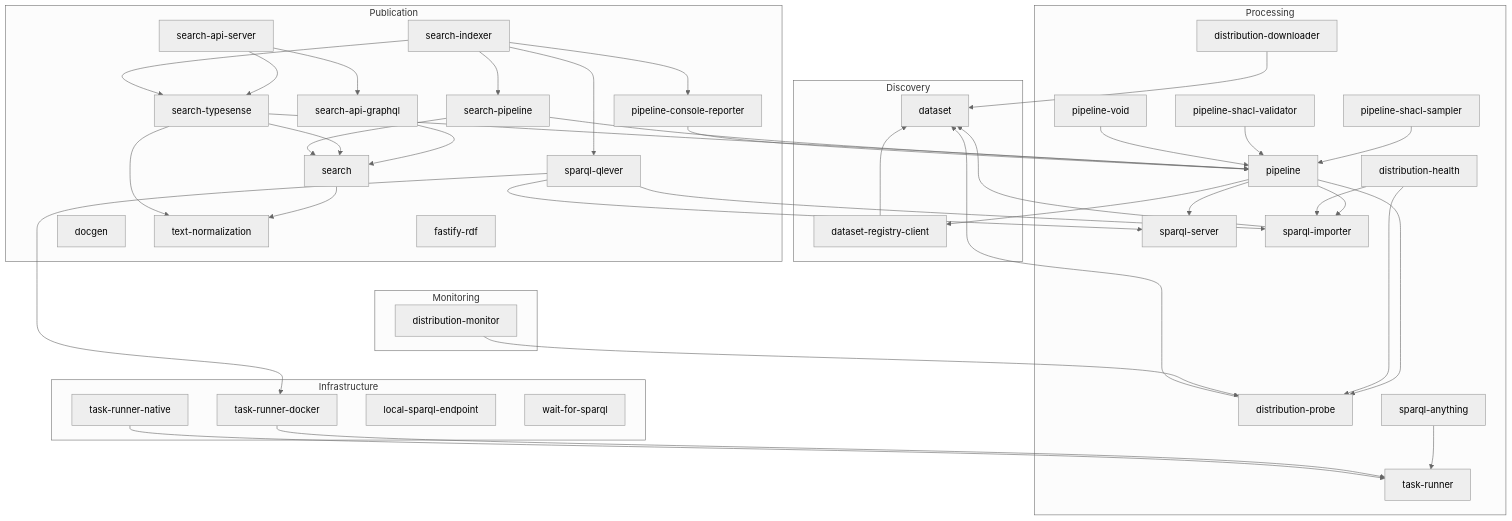
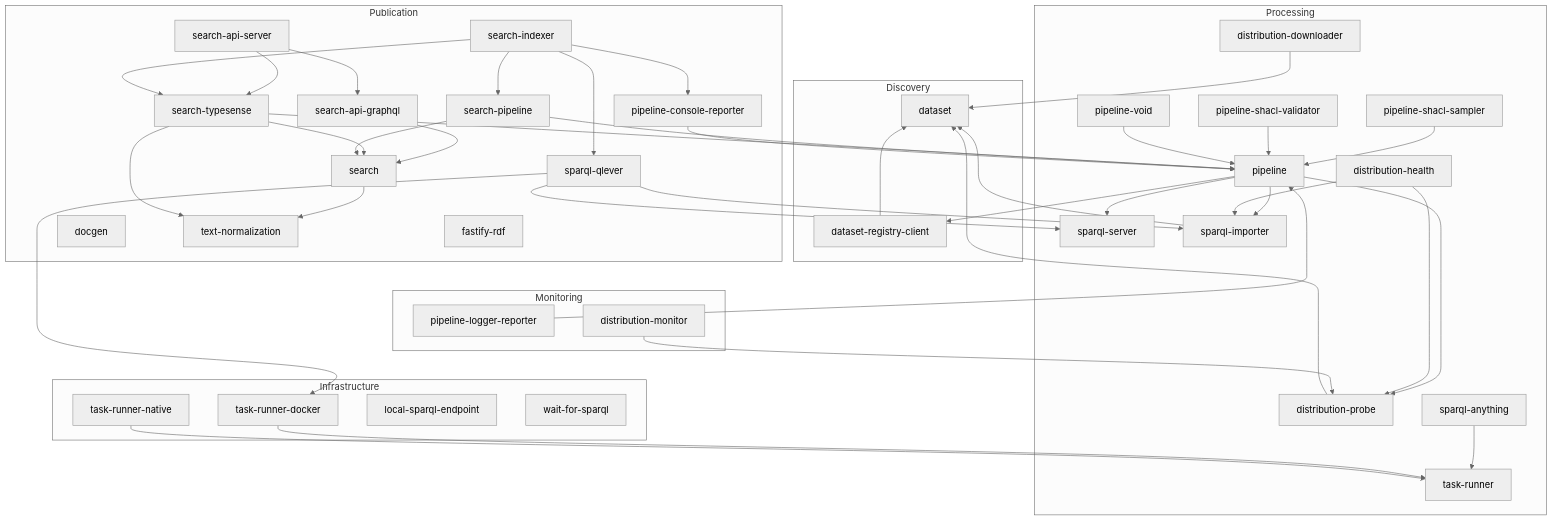
The diagram in docs/guide/architecture.md (ldelements/lde), drawn with Mermaid (neutral theme) before and after one commit. The commit also changed other lines of this file and 47 other files, not shown here.

````diff
--- a/docs/guide/architecture.md
+++ b/docs/guide/architecture.md
@@ -19,60 +19,61 @@
 ```mermaid
 %%{init: {"flowchart": {"useMaxWidth": false}}}%%
 graph TD
   subgraph Discovery
     dataset
     dataset-registry-client --> dataset
   end
 
   subgraph Processing
     pipeline --> dataset-registry-client
     pipeline --> sparql-server
     pipeline --> sparql-importer
     pipeline-shacl-sampler --> pipeline
     pipeline-shacl-validator --> pipeline
     pipeline-void --> pipeline
     distribution-downloader --> dataset
     distribution-probe --> dataset
     pipeline --> distribution-probe
     sparql-importer --> dataset
     sparql-anything --> task-runner
     distribution-health --> distribution-probe
     distribution-health --> sparql-importer
   end
 
   subgraph Publication
     fastify-rdf
     docgen
     search --> text-normalization
     search-api-graphql --> search
     search-api-server --> search-api-graphql
     search-api-server --> search-typesense
     search-typesense --> search
     search-typesense --> text-normalization
     search-typesense --> pipeline
     search-pipeline --> search
     search-pipeline --> pipeline
     search-indexer --> search-pipeline
     search-indexer --> search-typesense
     search-indexer --> sparql-qlever
     search-indexer --> pipeline-console-reporter
   end
 
   subgraph Monitoring
     pipeline-console-reporter --> pipeline
+    pipeline-logger-reporter --> pipeline
     distribution-monitor --> distribution-probe
   end
 
   subgraph Infrastructure
     sparql-qlever --> sparql-importer
     sparql-qlever --> sparql-server
     sparql-qlever --> task-runner-docker
     task-runner-docker --> task-runner
     task-runner-native --> task-runner
     sparql-server
     local-sparql-endpoint
     wait-for-sparql
   end
 
   Discovery ~~~ Processing ~~~ Publication ~~~ Monitoring ~~~ Infrastructure
 ```
````
